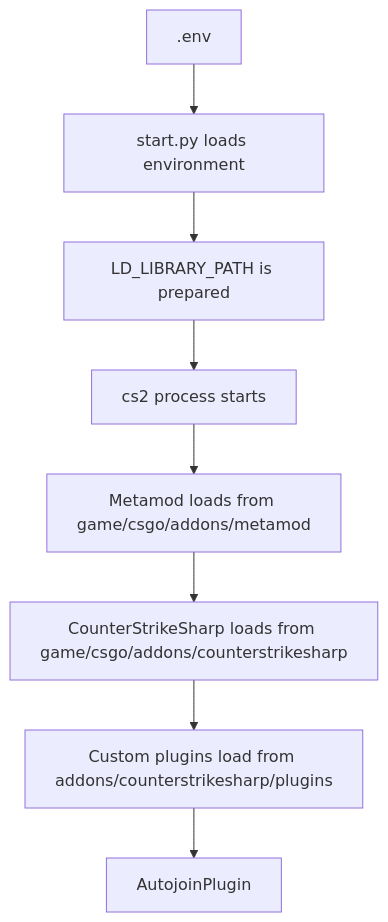
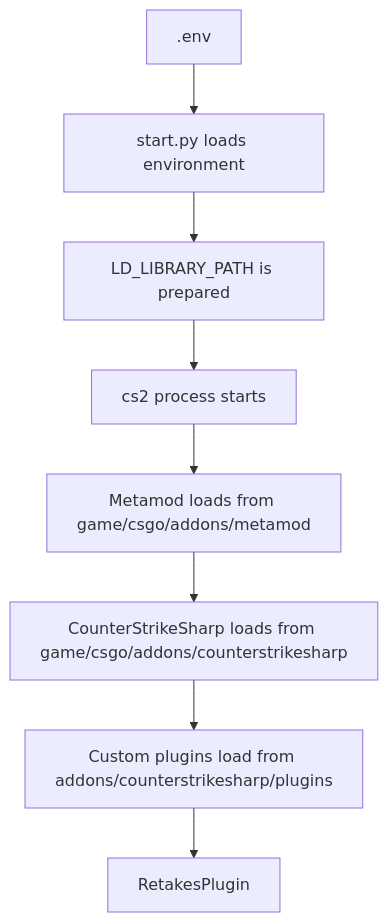
The first of 2 diagrams in README.md (vinnedev/cs2-linux-server), drawn with Mermaid before and after one commit. The commit also changed 42 other files, not shown here.

First line of the commit message:
feat: Update Retakes Plugin with Instant Plant and Instant Defuse features

````diff
--- a/README.md
+++ b/README.md
@@ -86,10 +86,10 @@
 ```mermaid
 flowchart TD
     A[".env"] --> B["start.py loads environment"]
     B --> C["LD_LIBRARY_PATH is prepared"]
     C --> D["cs2 process starts"]
     D --> E["Metamod loads from game/csgo/addons/metamod"]
     E --> F["CounterStrikeSharp loads from game/csgo/addons/counterstrikesharp"]
     F --> G["Custom plugins load from addons/counterstrikesharp/plugins"]
-    G --> H["AutojoinPlugin"]
+    G --> H["RetakesPlugin"]
 ```
````
